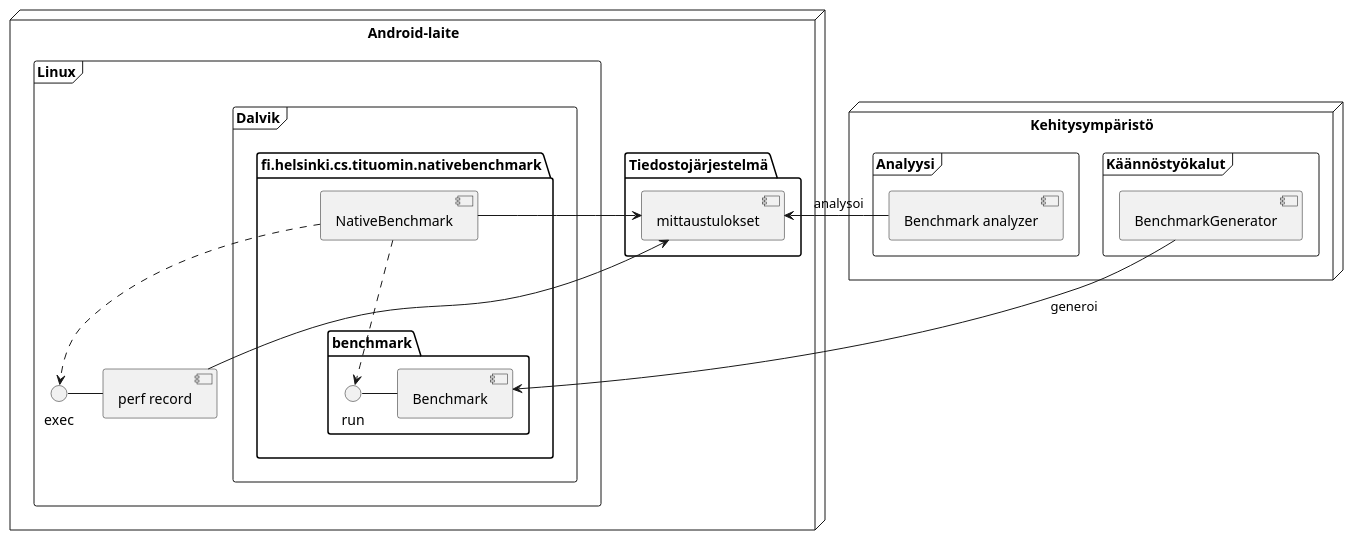
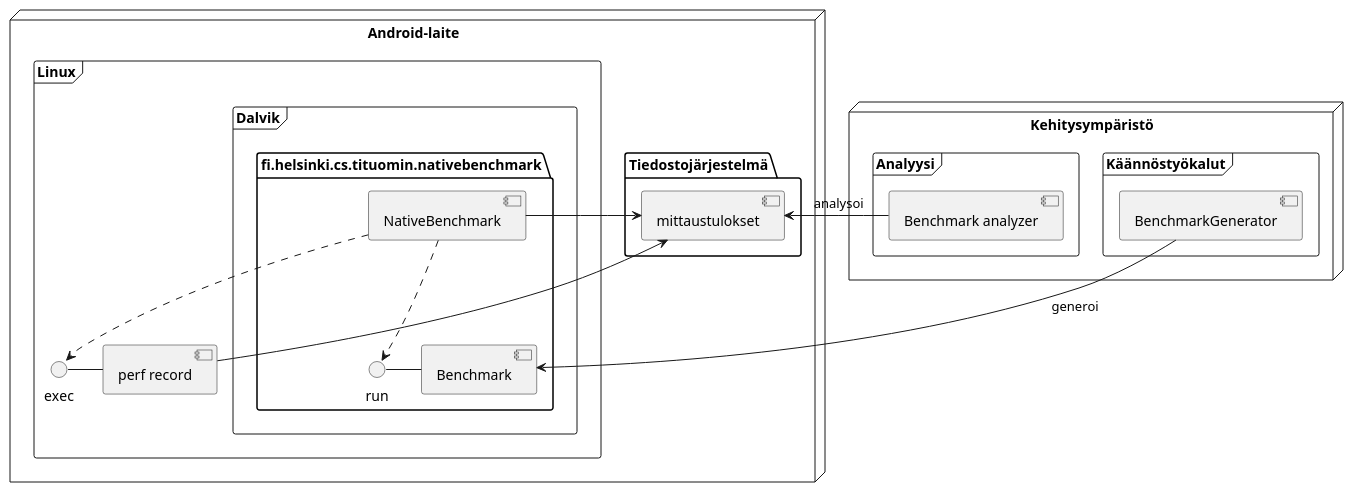
One commit to tituomin/gradu changed the diagram in paper/src/figures/architecture.puml. Above: the diagram before and after it, drawn with PlantUML. The commit also changed 4 other files, not shown here.

Commit message:
Add some sequence diagrams.

```diff
--- a/paper/src/figures/architecture.puml
+++ b/paper/src/figures/architecture.puml
@@ -1,33 +1,31 @@
 
 node "Android-laite" {
   folder "Tiedostojärjestelmä" {
     [mittaustulokset]
   }
   frame "Linux" {
     frame "Dalvik" {
       package "fi.helsinki.cs.tituomin.nativebenchmark" {
-        package "benchmark" {
-          () run
-          [Benchmark]
-          [Benchmark] - run
-        }
+        () run
+        [Benchmark]
+        [Benchmark] - run
         [NativeBenchmark] ..> run
       }
     }
     [perf record] - exec
     [NativeBenchmark] ..> exec
   }
 }
 
 node "Kehitysympäristö" {
 
   frame "Käännöstyökalut" {
     [BenchmarkGenerator] --> [Benchmark] : " generoi"
   }
   [mittaustulokset] <- [NativeBenchmark]
   [mittaustulokset] <- [perf record]
 
   frame "Analyysi" {
     [Benchmark analyzer] -> [mittaustulokset] : " analysoi"
   }
 }
```
